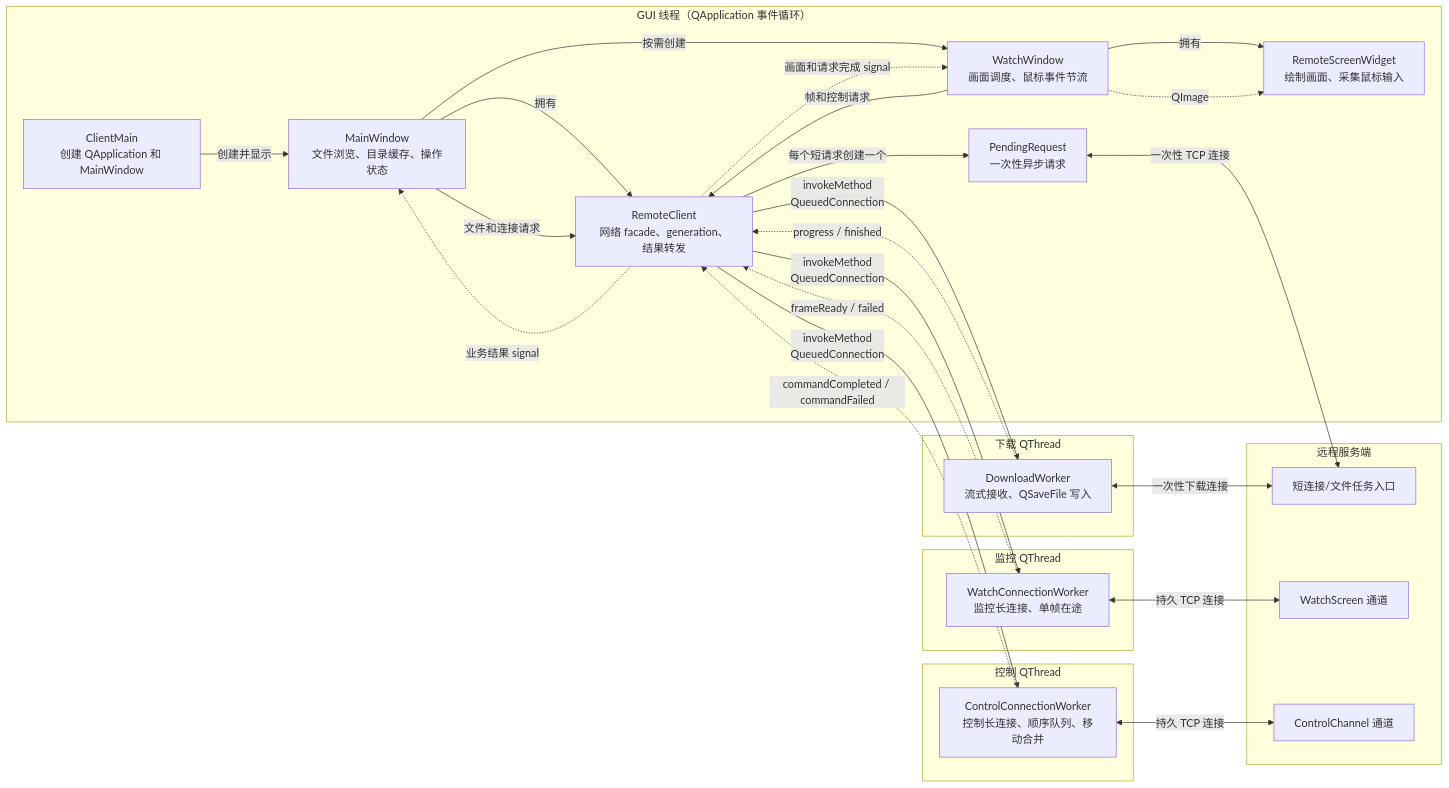
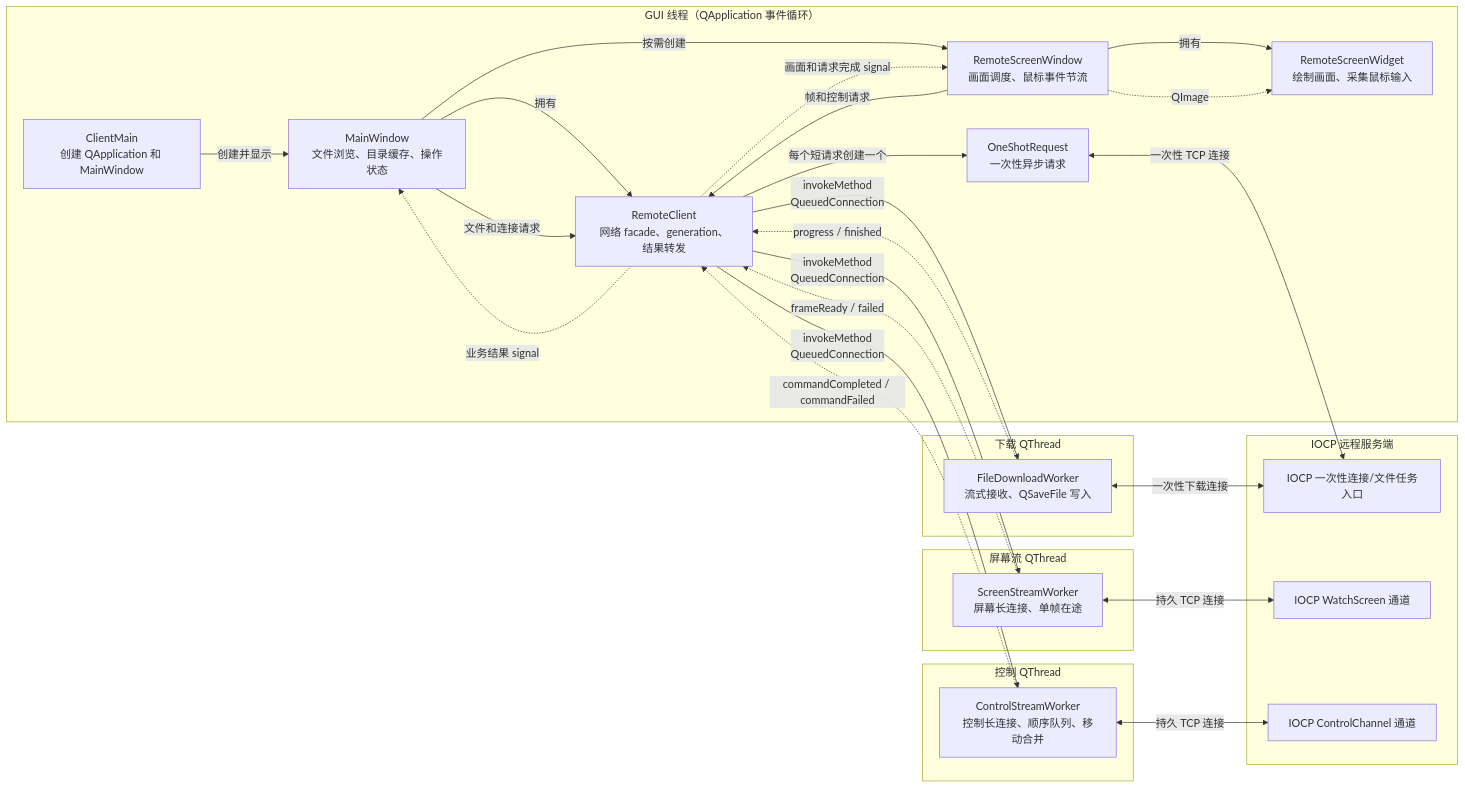
One commit to slimesq/remote_control changed the diagram in docs/ClientArchitecture.md. Above: the diagram before and after it, drawn with Mermaid. The commit also changed other lines of this file and 68 other files, not shown here.

````diff
--- a/docs/ClientArchitecture.md
+++ b/docs/ClientArchitecture.md
@@ -8,53 +13,53 @@
 ```mermaid
 flowchart LR
     subgraph GuiThread["GUI 线程（QApplication 事件循环）"]
         ClientMain["ClientMain<br/>创建 QApplication 和 MainWindow"]
         MainWindow["MainWindow<br/>文件浏览、目录缓存、操作状态"]
-        WatchWindow["WatchWindow<br/>画面调度、鼠标事件节流"]
+        RemoteScreenWindow["RemoteScreenWindow<br/>画面调度、鼠标事件节流"]
         ScreenWidget["RemoteScreenWidget<br/>绘制画面、采集鼠标输入"]
         RemoteClient["RemoteClient<br/>网络 facade、generation、结果转发"]
-        PendingRequest["PendingRequest<br/>一次性异步请求"]
+        OneShotRequest["OneShotRequest<br/>一次性异步请求"]
 
         ClientMain -->|"创建并显示"| MainWindow
         MainWindow -->|"拥有"| RemoteClient
-        MainWindow -->|"按需创建"| WatchWindow
-        WatchWindow -->|"拥有"| ScreenWidget
+        MainWindow -->|"按需创建"| RemoteScreenWindow
+        RemoteScreenWindow -->|"拥有"| ScreenWidget
         MainWindow -->|"文件和连接请求"| RemoteClient
-        WatchWindow -->|"帧和控制请求"| RemoteClient
-        RemoteClient -->|"每个短请求创建一个"| PendingRequest
+        RemoteScreenWindow -->|"帧和控制请求"| RemoteClient
+        RemoteClient -->|"每个短请求创建一个"| OneShotRequest
         RemoteClient -.->|"业务结果 signal"| MainWindow
-        RemoteClient -.->|"画面和请求完成 signal"| WatchWindow
-        WatchWindow -.->|"QImage"| ScreenWidget
+        RemoteClient -.->|"画面和请求完成 signal"| RemoteScreenWindow
+        RemoteScreenWindow -.->|"QImage"| ScreenWidget
     end
 
-    subgraph WatchThread["监控 QThread"]
-        WatchWorker["WatchConnectionWorker<br/>监控长连接、单帧在途"]
+    subgraph ScreenStreamThread["屏幕流 QThread"]
+        ScreenStreamWorker["ScreenStreamWorker<br/>屏幕长连接、单帧在途"]
     end
 
     subgraph ControlThread["控制 QThread"]
-        ControlWorker["ControlConnectionWorker<br/>控制长连接、顺序队列、移动合并"]
+        ControlWorker["ControlStreamWorker<br/>控制长连接、顺序队列、移动合并"]
     end
 
     subgraph DownloadThread["下载 QThread"]
-        DownloadWorker["DownloadWorker<br/>流式接收、QSaveFile 写入"]
+        FileDownloadWorker["FileDownloadWorker<br/>流式接收、QSaveFile 写入"]
     end
 
-    subgraph RemoteServer["远程服务端"]
-        ShortEndpoint["短连接/文件任务入口"]
-        WatchEndpoint["WatchScreen 通道"]
-        ControlEndpoint["ControlChannel 通道"]
+    subgraph RemoteControlServer["IOCP 远程服务端"]
+        OneShotEndpoint["IOCP 一次性连接/文件任务入口"]
+        ScreenStreamEndpoint["IOCP WatchScreen 通道"]
+        ControlEndpoint["IOCP ControlChannel 通道"]
     end
 
-    RemoteClient -->|"invokeMethod<br/>QueuedConnection"| WatchWorker
+    RemoteClient -->|"invokeMethod<br/>QueuedConnection"| ScreenStreamWorker
     RemoteClient -->|"invokeMethod<br/>QueuedConnection"| ControlWorker
-    RemoteClient -->|"invokeMethod<br/>QueuedConnection"| DownloadWorker
+    RemoteClient -->|"invokeMethod<br/>QueuedConnection"| FileDownloadWorker
 
-    WatchWorker -.->|"frameReady / failed"| RemoteClient
+    ScreenStreamWorker -.->|"frameReady / failed"| RemoteClient
     ControlWorker -.->|"commandCompleted / commandFailed"| RemoteClient
-    DownloadWorker -.->|"progress / finished"| RemoteClient
+    FileDownloadWorker -.->|"progress / finished"| RemoteClient
 
-    PendingRequest <-->|"一次性 TCP 连接"| ShortEndpoint
-    DownloadWorker <-->|"一次性下载连接"| ShortEndpoint
-    WatchWorker <-->|"持久 TCP 连接"| WatchEndpoint
+    OneShotRequest <-->|"一次性 TCP 连接"| OneShotEndpoint
+    FileDownloadWorker <-->|"一次性下载连接"| OneShotEndpoint
+    ScreenStreamWorker <-->|"持久 TCP 连接"| ScreenStreamEndpoint
     ControlWorker <-->|"持久 TCP 连接"| ControlEndpoint
 ```
````
